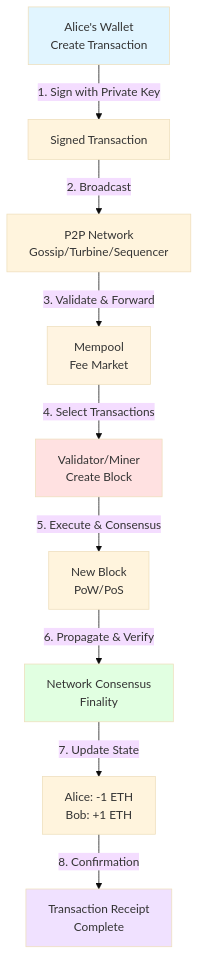
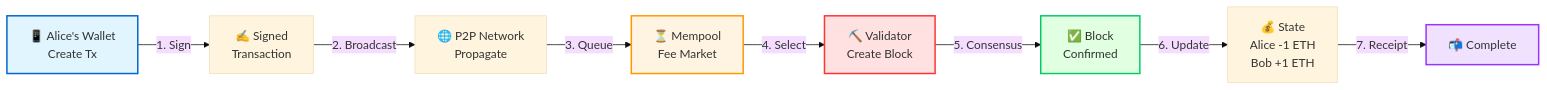
The first of 7 diagrams in Chapter2.md (MaxGnesi/Blockchain-101), drawn with Mermaid (base theme) before and after one commit. The commit also changed other lines of this file, not shown here.

````diff
--- a/Chapter2.md
+++ b/Chapter2.md
@@ -9,17 +9,16 @@
 ```mermaid
-graph TD
-    A[Alice's Wallet<br/>Create Transaction] -->|1. Sign with Private Key| B[Signed Transaction]
-    B -->|2. Broadcast| C[P2P Network<br/>Gossip/Turbine/Sequencer]
-    C -->|3. Validate & Forward| D[Mempool<br/>Fee Market]
-    D -->|4. Select Transactions| E[Validator/Miner<br/>Create Block]
-    E -->|5. Execute & Consensus| F[New Block<br/>PoW/PoS]
-    F -->|6. Propagate & Verify| G[Network Consensus<br/>Finality]
-    G -->|7. Update State| H[Alice: -1 ETH<br/>Bob: +1 ETH]
-    H -->|8. Confirmation| I[Transaction Receipt<br/>Complete]
+graph LR
+    A["📱 Alice's Wallet<br/>Create Tx"] -->|1. Sign| B["✍️ Signed<br/>Transaction"]
+    B -->|2. Broadcast| C["🌐 P2P Network<br/>Propagate"]
+    C -->|3. Queue| D["⏳ Mempool<br/>Fee Market"]
+    D -->|4. Select| E["⛏️ Validator<br/>Create Block"]
+    E -->|5. Consensus| F["✅ Block<br/>Confirmed"]
+    F -->|6. Update| G["💰 State<br/>Alice -1 ETH<br/>Bob +1 ETH"]
+    G -->|7. Receipt| H["📬 Complete"]
     
-    style A fill:#e1f5ff
-    style D fill:#fff4e1
-    style E fill:#ffe1e1
-    style G fill:#e1ffe1
-    style I fill:#f0e1ff
+    style A fill:#e1f5ff,stroke:#0066cc,stroke-width:2px
+    style D fill:#fff4e1,stroke:#ff9900,stroke-width:2px
+    style E fill:#ffe1e1,stroke:#ff3333,stroke-width:2px
+    style F fill:#e1ffe1,stroke:#00cc66,stroke-width:2px
+    style H fill:#f0e1ff,stroke:#9933ff,stroke-width:2px
 ```
````
